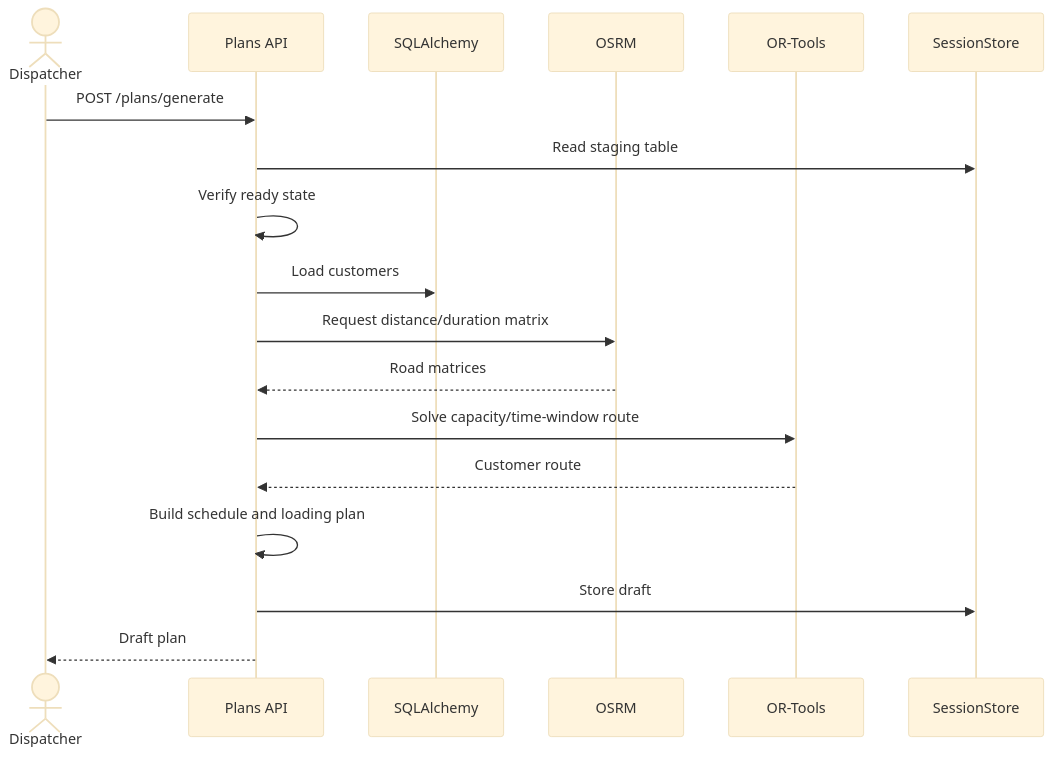
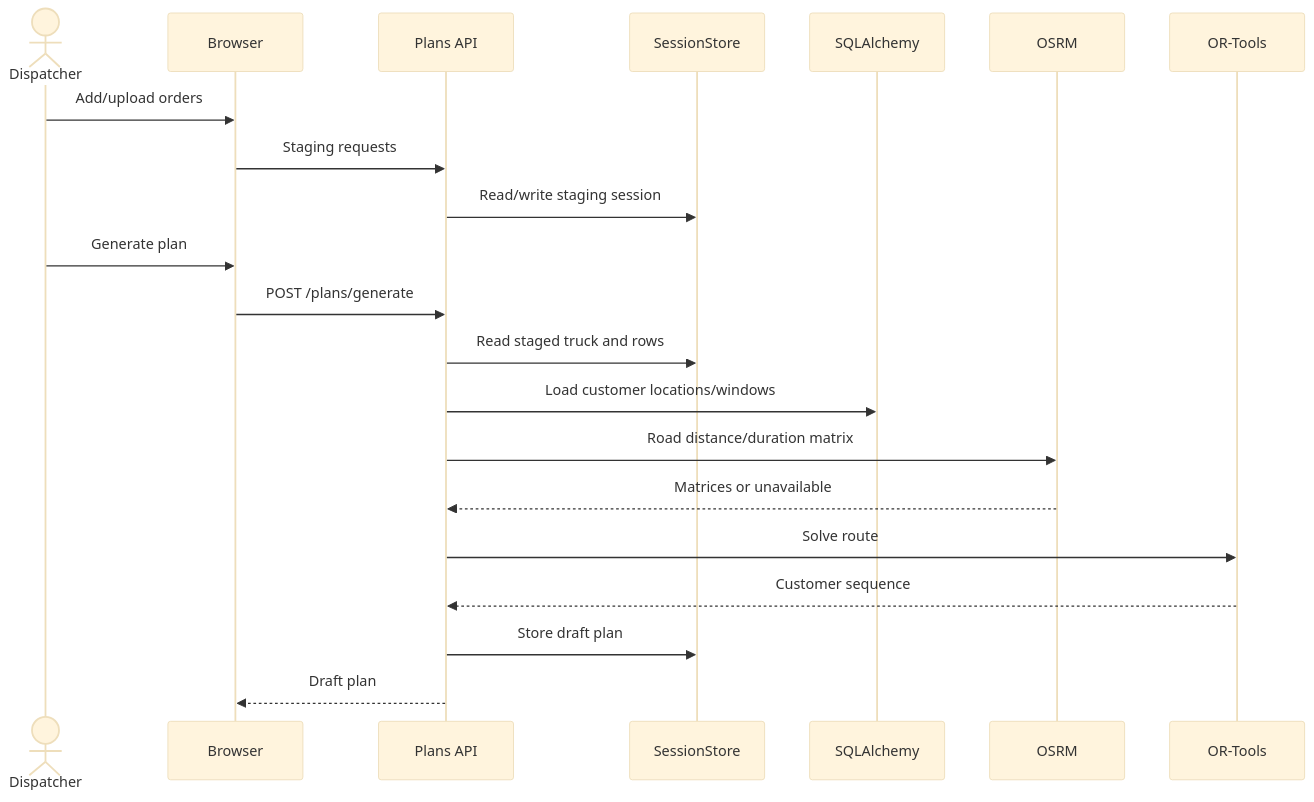
The second of 2 diagrams in ARCHITECTURE.md (Lilyrose-Bruce/distriflow), drawn with Mermaid (base theme) before and after one commit. The commit also changed other lines of this file, not shown here.

First line of the commit message:
Revise ARCHITECTURE.md for current implementation details

````diff
--- a/ARCHITECTURE.md
+++ b/ARCHITECTURE.md
@@ -315,21 +248,24 @@
 ```mermaid
 sequenceDiagram
     actor Dispatcher
+    participant UI as Browser
     participant API as Plans API
+    participant Store as SessionStore
     participant DB as SQLAlchemy
     participant OSRM
-    participant ORTools as OR-Tools
-    participant Store as SessionStore
+    participant Solver as OR-Tools
 
-    Dispatcher->>API: POST /plans/generate
-    API->>Store: Read staging table
-    API->>API: Verify ready state
-    API->>DB: Load customers
-    API->>OSRM: Request distance/duration matrix
-    OSRM-->>API: Road matrices
-    API->>ORTools: Solve capacity/time-window route
-    ORTools-->>API: Customer route
-    API->>API: Build schedule and loading plan
-    API->>Store: Store draft
-    API-->>Dispatcher: Draft plan
+    Dispatcher->>UI: Add/upload orders
+    UI->>API: Staging requests
+    API->>Store: Read/write staging session
+    Dispatcher->>UI: Generate plan
+    UI->>API: POST /plans/generate
+    API->>Store: Read staged truck and rows
+    API->>DB: Load customer locations/windows
+    API->>OSRM: Road distance/duration matrix
+    OSRM-->>API: Matrices or unavailable
+    API->>Solver: Solve route
+    Solver-->>API: Customer sequence
+    API->>Store: Store draft plan
+    API-->>UI: Draft plan
 ```
````
